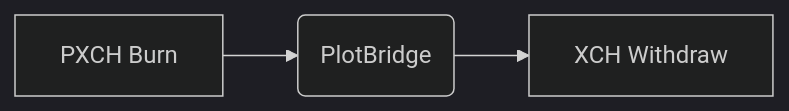
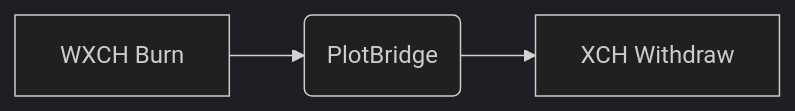
Before and after one commit to plot-network/plotbridge-website: the third of 4 diagrams in content/tokens.md, drawn with Mermaid (dark theme). The commit also changed other lines of this file and 25 other files, not shown here.

```diff
--- a/content/tokens.md
+++ b/content/tokens.md
@@ -52,4 +52,4 @@
 {{< mermaid >}}
 graph LR;
-PBR[PXCH Burn] --> PB(PlotBridge) --> XW[XCH Withdraw]
+PBR[WXCH Burn] --> PB(PlotBridge) --> XW[XCH Withdraw]
 {{</mermaid>}}
```
